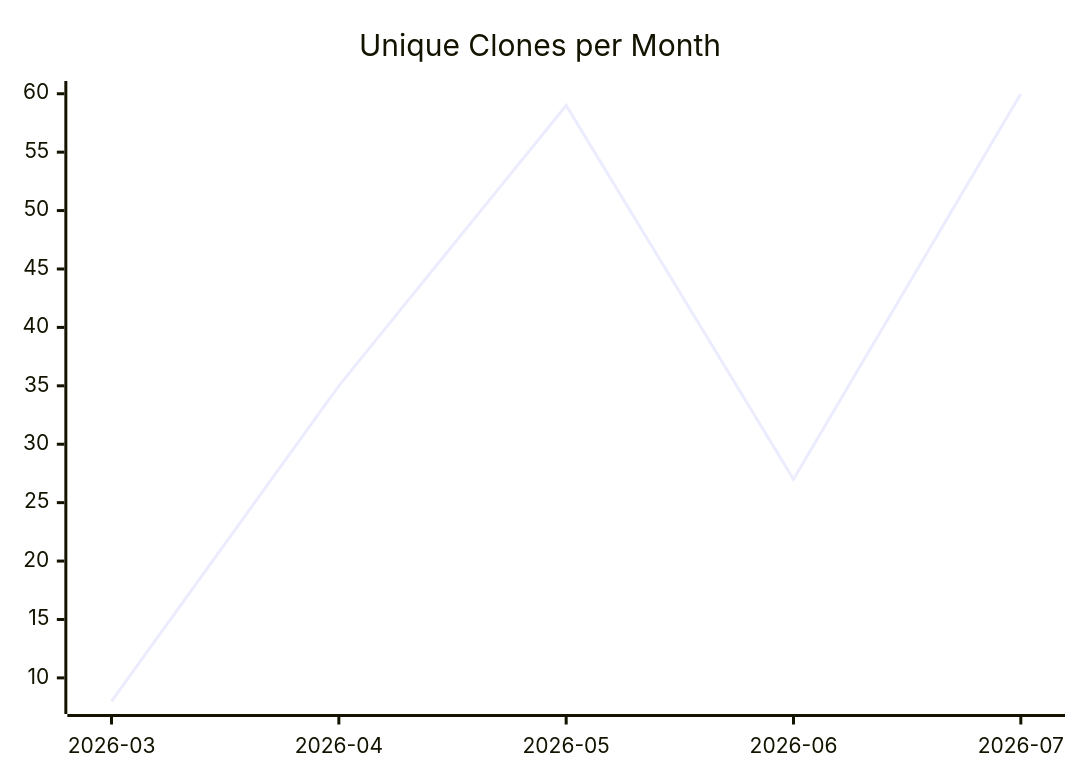
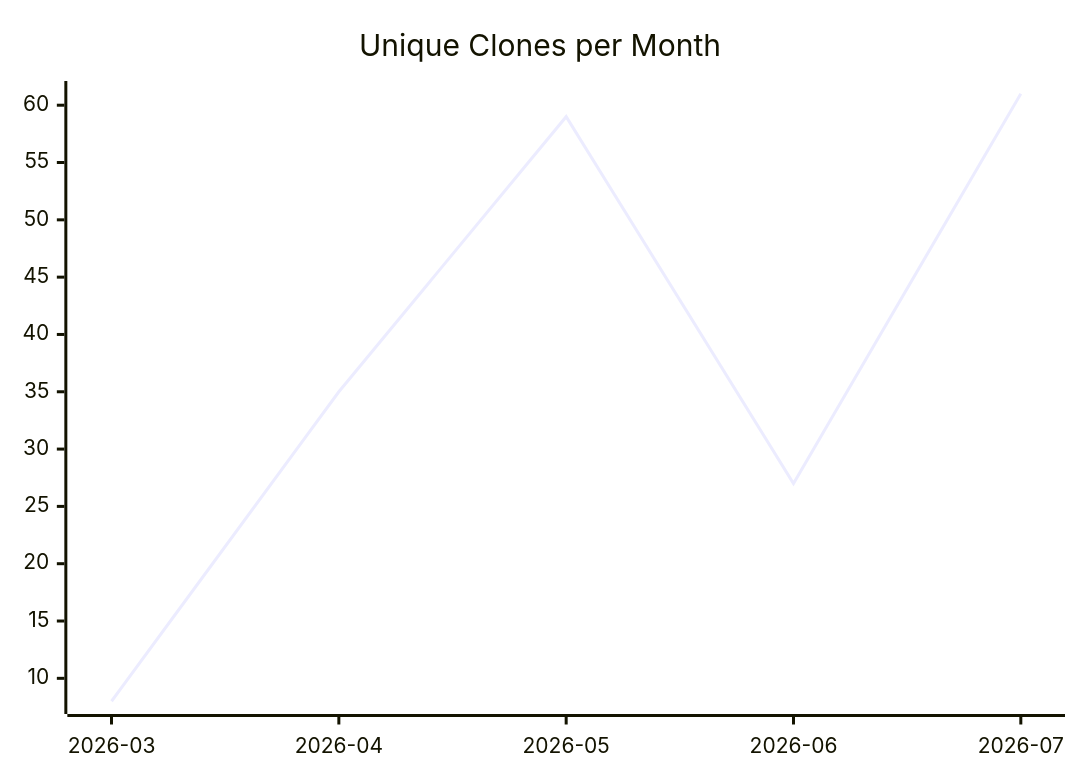
The third of 3 diagrams in karlmdavis/fhir-benchmarks/README.md (justdavis-family/github-analytics-data), drawn with Mermaid before and after one commit. The commit also changed other lines of this file and 184 other files, not shown here.

````diff
--- a/karlmdavis/fhir-benchmarks/README.md
+++ b/karlmdavis/fhir-benchmarks/README.md
@@ -19,6 +19,6 @@
 ```mermaid
 xychart-beta
   title "Unique Clones per Month"
   x-axis ["2026-03", "2026-04", "2026-05", "2026-06", "2026-07"]
-  line [8, 35, 59, 27, 60]
+  line [8, 35, 59, 27, 61]
 ```
````
